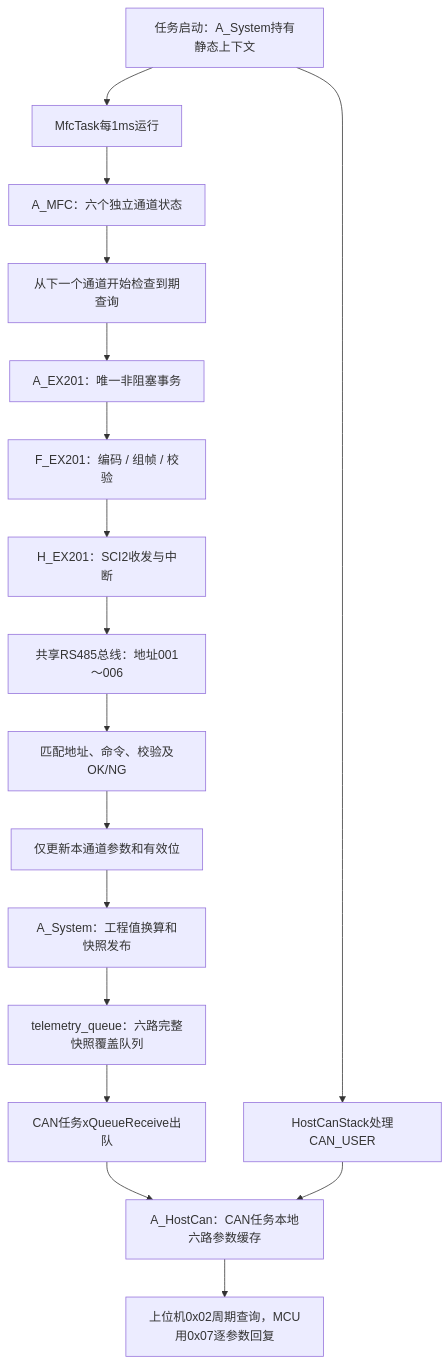
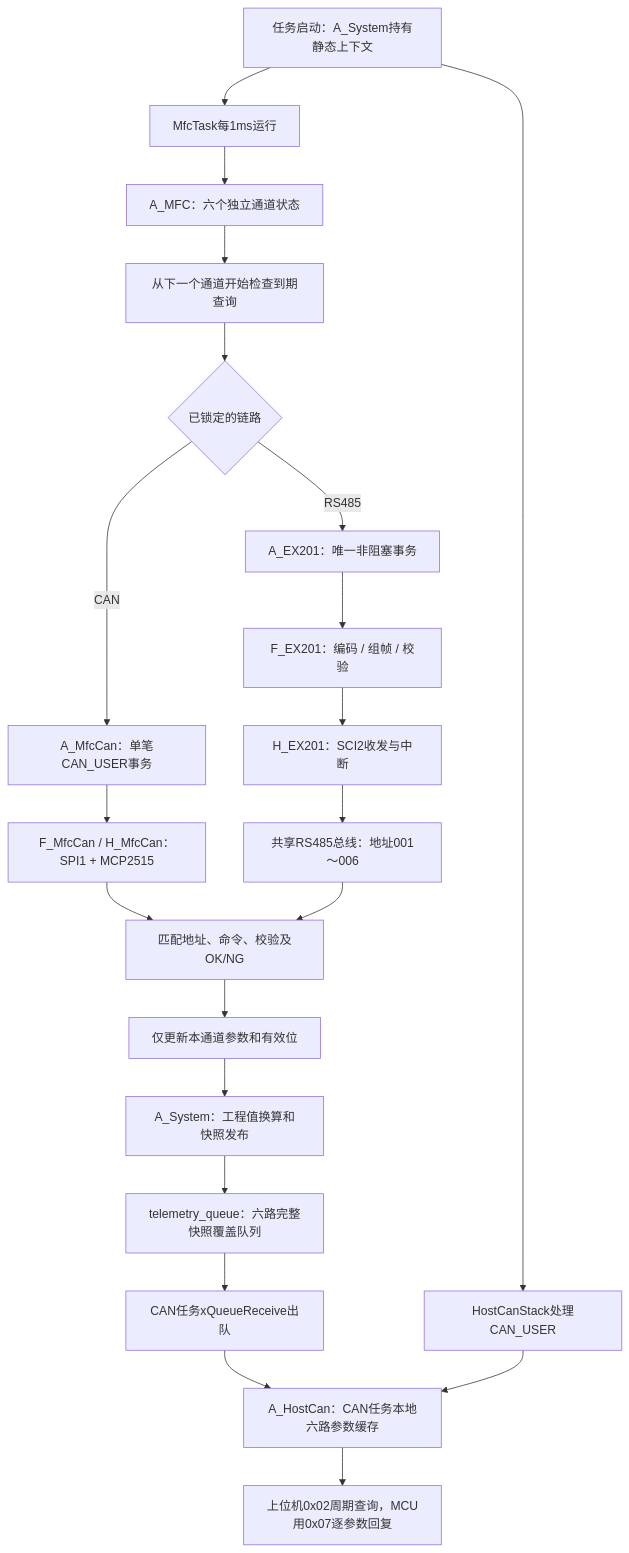
The diagram in doc/Design Document/Design Statement/六路MFC轮询说明.md (WIZYAN/gas-flowmeter-control), drawn with Mermaid before and after one commit. The commit also changed other lines of this file and 11 other files, not shown here.

````diff
--- a/doc/Design Document/Design Statement/六路MFC轮询说明.md
+++ b/doc/Design Document/Design Statement/六路MFC轮询说明.md
@@ -7,19 +7,23 @@
 ```mermaid
 flowchart TD
     Boot[任务启动：A_System持有静态上下文] --> Mfc[MfcTask每1ms运行]
     Boot --> Can[HostCanStack处理CAN_USER]
     Mfc --> Poll[A_MFC：六个独立通道状态]
     Poll --> Select[从下一个通道开始检查到期查询]
-    Select --> Tx[A_EX201：唯一非阻塞事务]
+    Select --> Link{已锁定的链路}
+    Link -->|RS485| Tx[A_EX201：唯一非阻塞事务]
+    Link -->|CAN| CanTx[A_MfcCan：单笔CAN_USER事务]
+    CanTx --> CanHw[F_MfcCan / H_MfcCan：SPI1 + MCP2515]
+    CanHw --> Result
     Tx --> F[F_EX201：编码 / 组帧 / 校验]
     F --> H[H_EX201：SCI2收发与中断]
     H --> Bus[共享RS485总线：地址001～006]
     Bus --> Result[匹配地址、命令、校验及OK/NG]
     Result --> Cache[仅更新本通道参数和有效位]
     Cache --> Publish[A_System：工程值换算和快照发布]
     Publish --> Queue[telemetry_queue：六路完整快照覆盖队列]
     Queue --> Receive[CAN任务xQueueReceive出队]
     Receive --> CanCache[A_HostCan：CAN任务本地六路参数缓存]
     Can --> CanCache
     CanCache --> Reply[上位机0x02周期查询，MCU用0x07逐参数回复]
 ```
````
